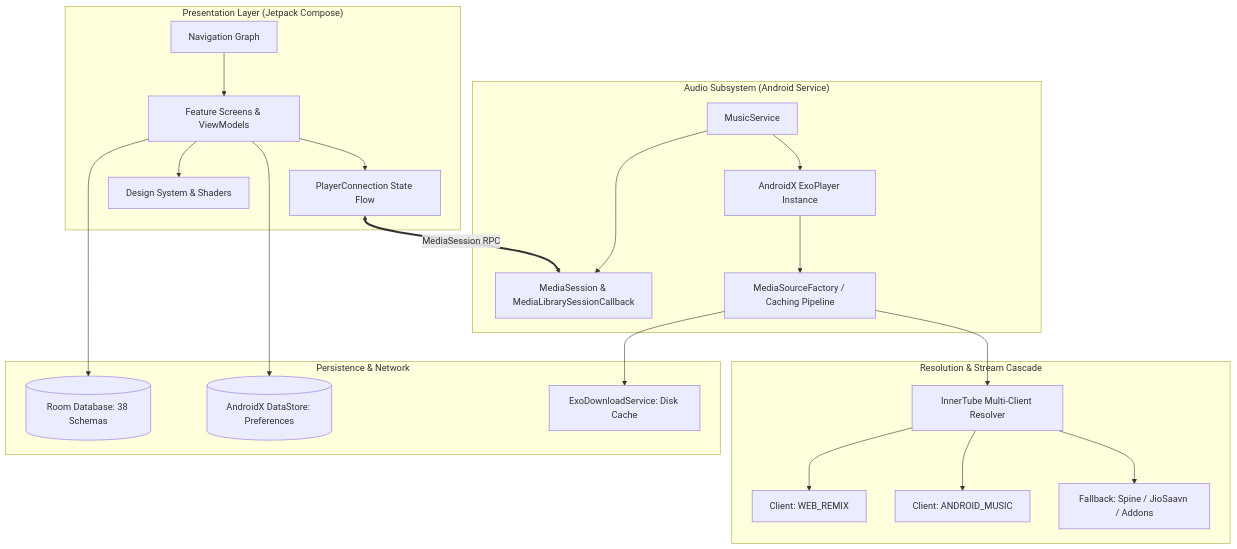
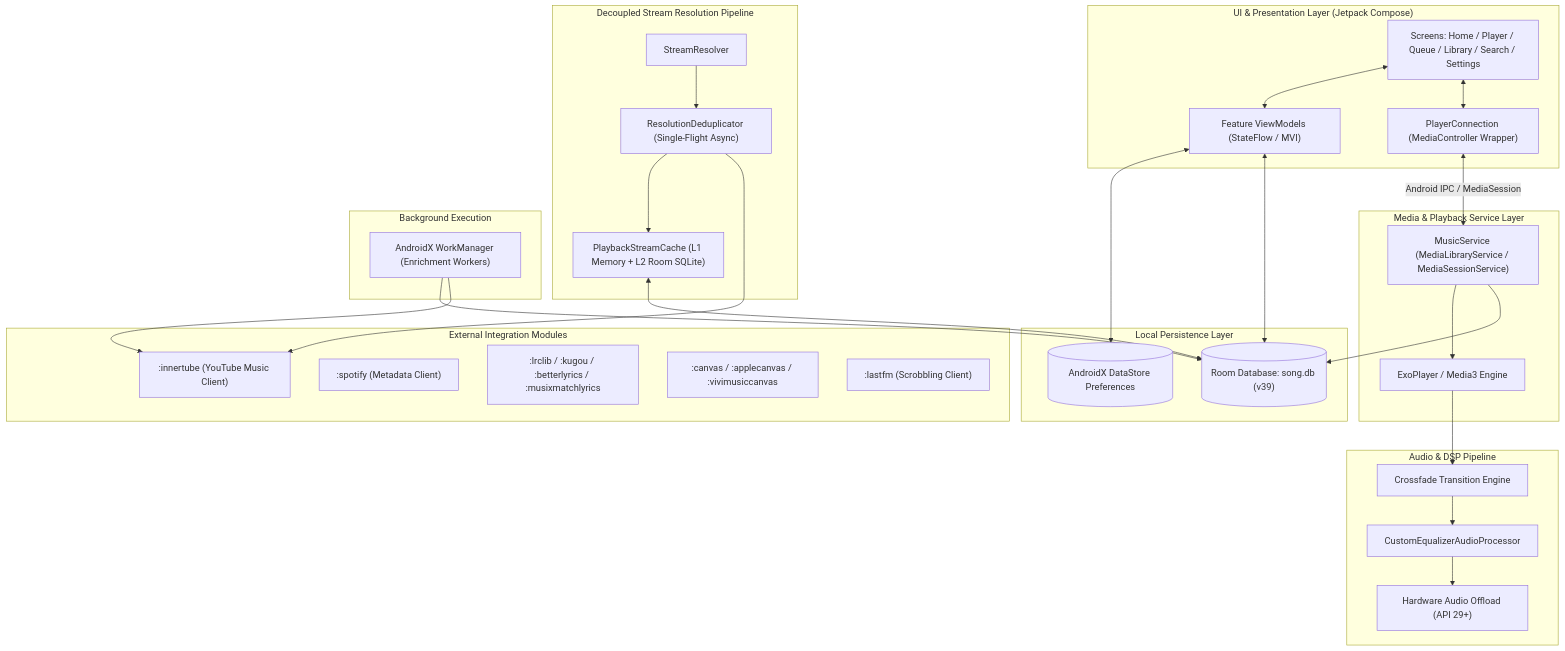
One commit to slythnox/Abyss changed the first of 2 diagrams in README.md. Above: the diagram before and after it, drawn with Mermaid. The commit also changed other lines of this file and 10 other files, not shown here.

````diff
--- a/README.md
+++ b/README.md
@@ -142,32 +144,58 @@
 ```mermaid
-graph TD
-    subgraph UI ["Presentation Layer (Jetpack Compose)"]
-        A[Navigation Graph] --> B[Feature Screens & ViewModels]
-        B --> C[PlayerConnection State Flow]
-        B --> D[Design System & Shaders]
+flowchart TD
+    subgraph UI_Layer["UI & Presentation Layer (Jetpack Compose)"]
+        UI_Screens["Screens: Home / Player / Queue / Library / Search / Settings"]
+        PlayerConn["PlayerConnection (MediaController Wrapper)"]
+        ViewModels["Feature ViewModels (StateFlow / MVI)"]
+        UI_Screens <--> ViewModels
+        UI_Screens <--> PlayerConn
     end
 
-    subgraph Service ["Audio Subsystem (Android Service)"]
-        E[MusicService] --> F[MediaSession & MediaLibrarySessionCallback]
-        E --> G[AndroidX ExoPlayer Instance]
-        G --> H[MediaSourceFactory / Caching Pipeline]
+    subgraph Service_Layer["Media & Playback Service Layer"]
+        MusicSvc["MusicService (MediaLibraryService / MediaSessionService)"]
+        ExoEng["ExoPlayer / Media3 Engine"]
+        PlayerConn <-->|Android IPC / MediaSession| MusicSvc
+        MusicSvc --> ExoEng
     end
 
-    subgraph Domain ["Resolution & Stream Cascade"]
-        H --> I[InnerTube Multi-Client Resolver]
-        I --> J["Client: WEB_REMIX"]
-        I --> K["Client: ANDROID_MUSIC"]
-        I --> L["Fallback: Spine / JioSaavn / Addons"]
+    subgraph Audio_DSP["Audio & DSP Pipeline"]
+        CustomEQ["CustomEqualizerAudioProcessor"]
+        AudioOffload["Hardware Audio Offload (API 29+)"]
+        Crossfade["Crossfade Transition Engine"]
+        ExoEng --> Crossfade
+        Crossfade --> CustomEQ
+        CustomEQ --> AudioOffload
     end
 
-    subgraph Data ["Persistence & Network"]
-        M[(Room Database: 38 Schemas)]
-        N[(AndroidX DataStore: Preferences)]
-        O[ExoDownloadService: Disk Cache]
+    subgraph Resolution_Layer["Decoupled Stream Resolution Pipeline"]
+        StreamRes["StreamResolver"]
+        ResDedup["ResolutionDeduplicator (Single-Flight Async)"]
+        StreamCache["PlaybackStreamCache (L1 Memory + L2 Room SQLite)"]
+        StreamRes --> ResDedup
+        ResDedup --> StreamCache
     end
 
-    C <==>|MediaSession RPC| F
-    B --> M
-    B --> N
-    H --> O
+    subgraph Provider_Clients["External Integration Modules"]
+        InnerTubeMod[":innertube (YouTube Music Client)"]
+        SpotifyMod[":spotify (Metadata Client)"]
+        LyricsMod[":lrclib / :kugou / :betterlyrics / :musixmatchlyrics"]
+        CanvasMod[":canvas / :applecanvas / :vivimusiccanvas"]
+        LastFmMod[":lastfm (Scrobbling Client)"]
+        ResDedup --> InnerTubeMod
+    end
+
+    subgraph Persistence_Layer["Local Persistence Layer"]
+        RoomDB[("Room Database: song.db (v39)")]
+        DataStore[("AndroidX DataStore Preferences")]
+        MusicSvc --> RoomDB
+        StreamCache <--> RoomDB
+        ViewModels <--> DataStore
+        ViewModels <--> RoomDB
+    end
+
+    subgraph Background_Layer["Background Execution"]
+        WorkMgr["AndroidX WorkManager (Enrichment Workers)"]
+        WorkMgr --> RoomDB
+        WorkMgr --> InnerTubeMod
+    end
 ```
````
